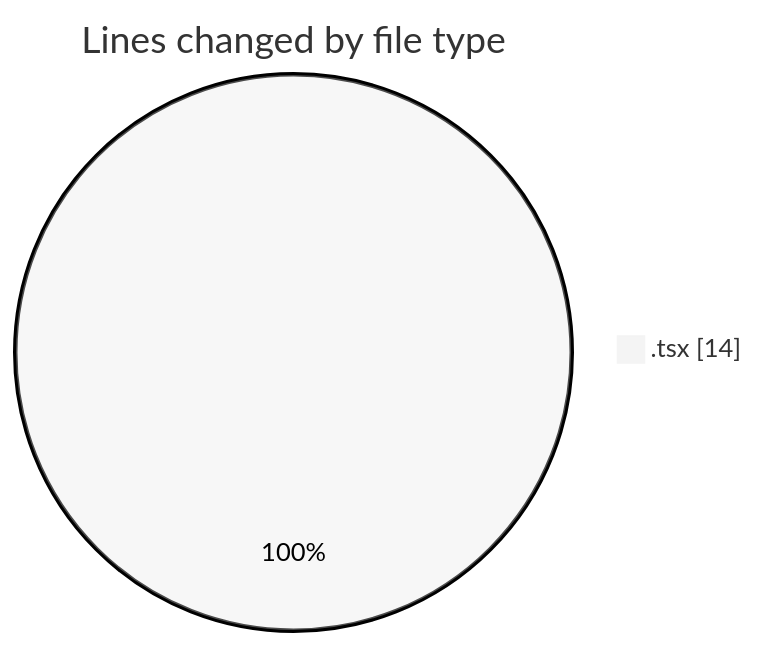
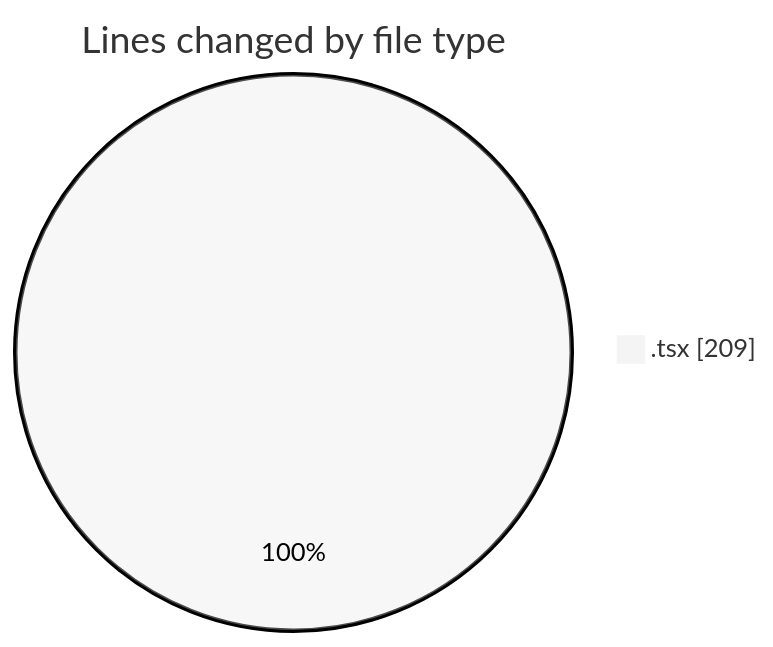
The first of 2 diagrams in 2025-05-07/niten/README.md (Elitesun/code-tracking), drawn with Mermaid (neutral theme) before and after one commit. The commit also changed other lines of this file and 1 other file, not shown here.

````diff
--- a/2025-05-07/niten/README.md
+++ b/2025-05-07/niten/README.md
@@ -20,5 +22,5 @@
 ```mermaid
 pie showData
 title Lines changed by file type
-".tsx" : 14
+".tsx" : 209
 ```
````
